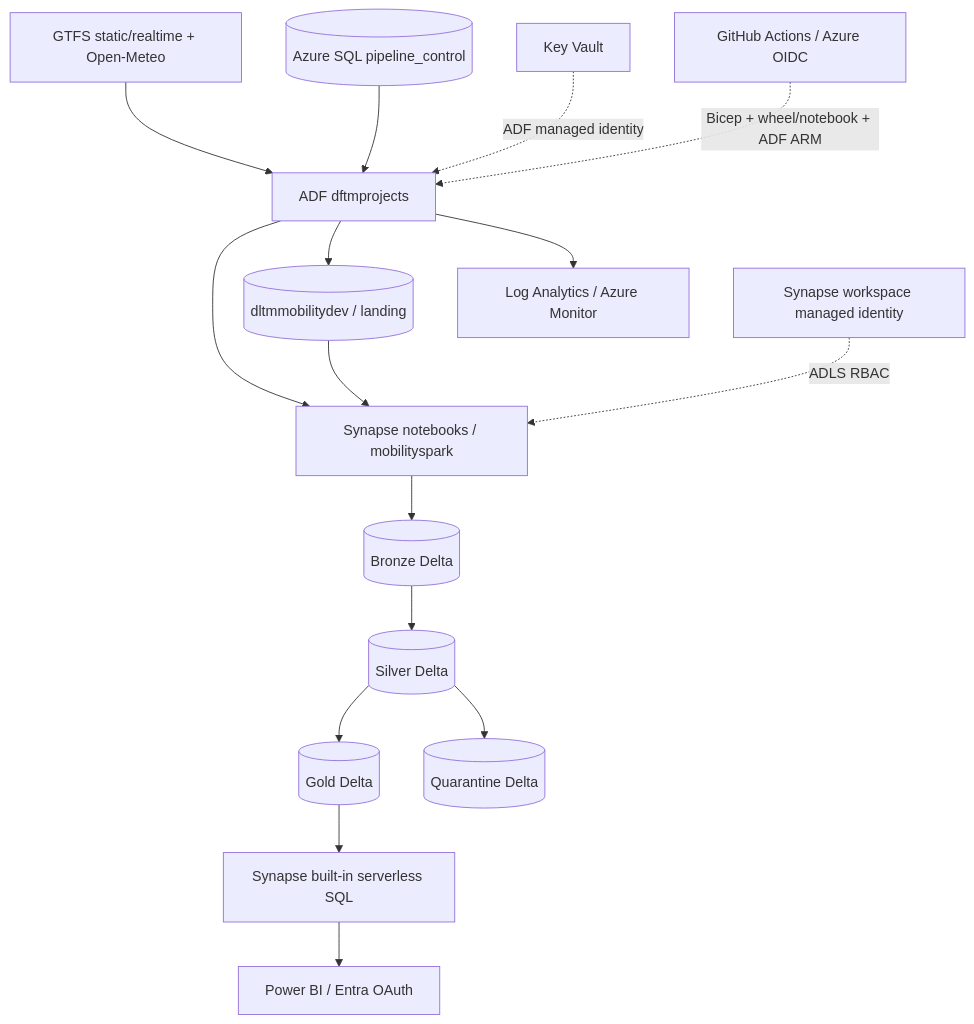
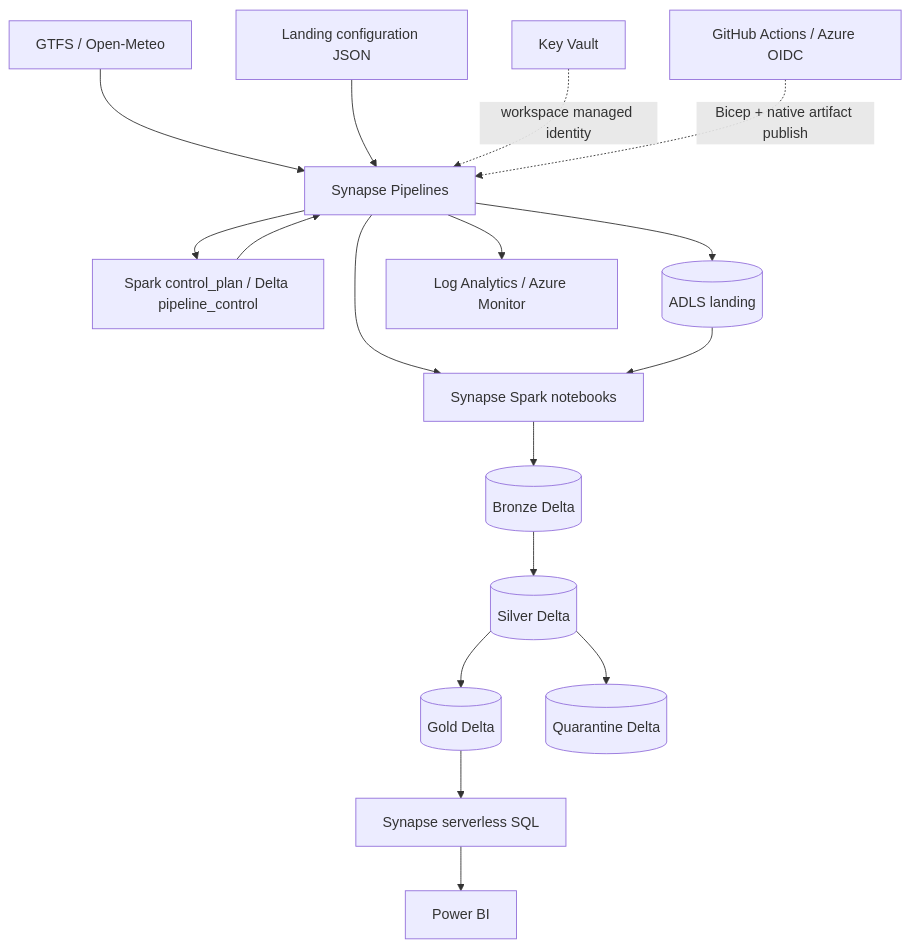
Before and after one commit to the-mama/Repo-Data-Engineer: the diagram in architecture/architecture-diagram.md, drawn with Mermaid. The commit also changed other lines of this file and 60 other files, not shown here.

Commit message:
Consolidate ingestion and Delta control orchestration in Azure Synapse

````diff
--- a/architecture/architecture-diagram.md
+++ b/architecture/architecture-diagram.md
@@ -3,18 +3,19 @@
 ```mermaid
 flowchart TB
-  Feeds[GTFS static/realtime + Open-Meteo] --> ADF[ADF dftmprojects]
-  Control[(Azure SQL pipeline_control)] --> ADF
-  KV[Key Vault] -. ADF managed identity .-> ADF
-  ADF --> Landing[(dltmmobilitydev / landing)]
-  ADF --> NB[Synapse notebooks / mobilityspark]
-  Landing --> NB
-  NB --> Bronze[(Bronze Delta)]
-  Bronze --> Silver[(Silver Delta)]
-  Silver --> Gold[(Gold Delta)]
-  Silver --> Q[(Quarantine Delta)]
-  MI[Synapse workspace managed identity] -. ADLS RBAC .-> NB
-  Gold --> SQL[Synapse built-in serverless SQL]
-  SQL --> PBI[Power BI / Entra OAuth]
-  ADF --> Logs[Log Analytics / Azure Monitor]
-  CI[GitHub Actions / Azure OIDC] -. Bicep + wheel/notebook + ADF ARM .-> ADF
+  Feeds[GTFS / Open-Meteo] --> P[Synapse Pipelines]
+  Config[Landing configuration JSON] --> P
+  P --> CP[Spark control_plan / Delta pipeline_control]
+  CP --> P
+  KV[Key Vault] -. workspace managed identity .-> P
+  P --> L[(ADLS landing)]
+  P --> Spark[Synapse Spark notebooks]
+  L --> Spark
+  Spark --> B[(Bronze Delta)]
+  B --> S[(Silver Delta)]
+  S --> G[(Gold Delta)]
+  S --> Q[(Quarantine Delta)]
+  G --> SQL[Synapse serverless SQL]
+  SQL --> BI[Power BI]
+  P --> M[Log Analytics / Azure Monitor]
+  CI[GitHub Actions / Azure OIDC] -. Bicep + native artifact publish .-> P
 ```
````
